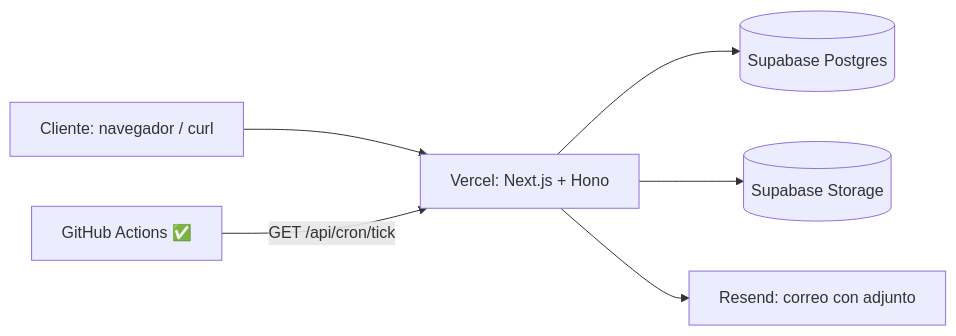
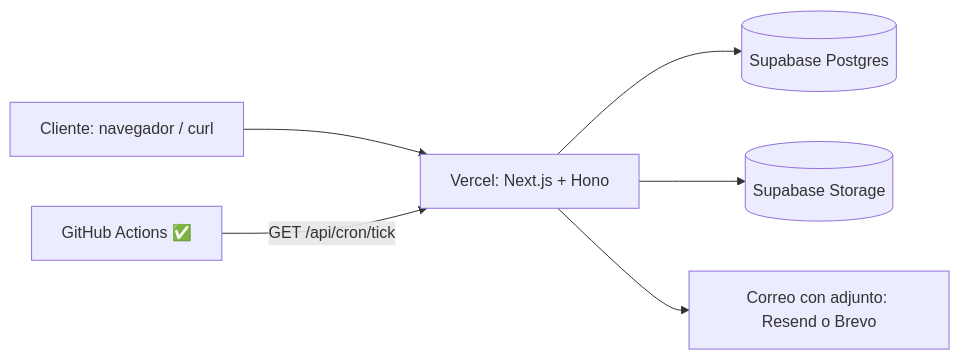
Before and after one commit to refrop/Sistema-de-Gesti-n-de-Licitaciones: the first of 4 diagrams in README.md, drawn with Mermaid. The commit also changed other lines of this file and 9 other files, not shown here.

Commit message:
Fase 10: Brevo como proveedor de correo alternativo

````diff
--- a/README.md
+++ b/README.md
@@ -107,8 +107,8 @@
 ```mermaid
 flowchart LR
     C[Cliente: navegador / curl] --> V[Vercel: Next.js + Hono]
     V --> DB[(Supabase Postgres)]
     V --> S[(Supabase Storage)]
-    V --> R[Resend: correo con adjunto]
+    V --> R[Correo con adjunto: Resend o Brevo]
      J[GitHub Actions ✅] -->|GET /api/cron/tick| V
 ```
````
